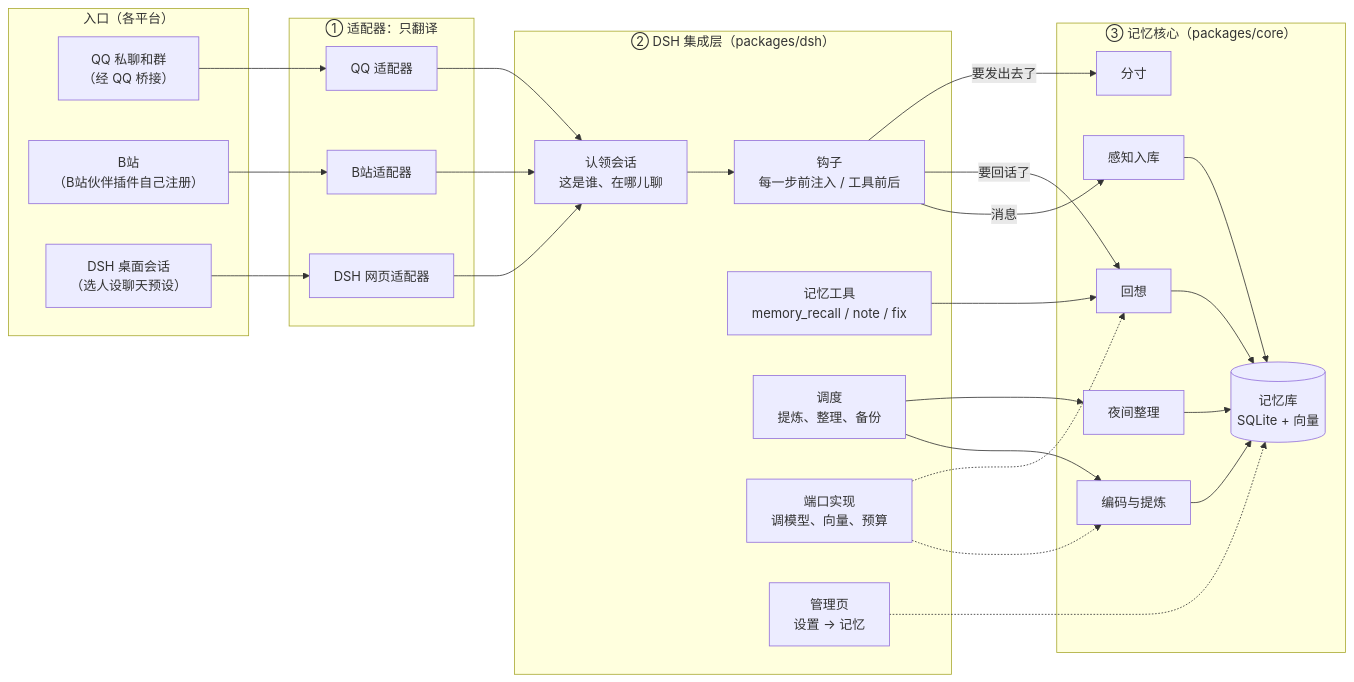
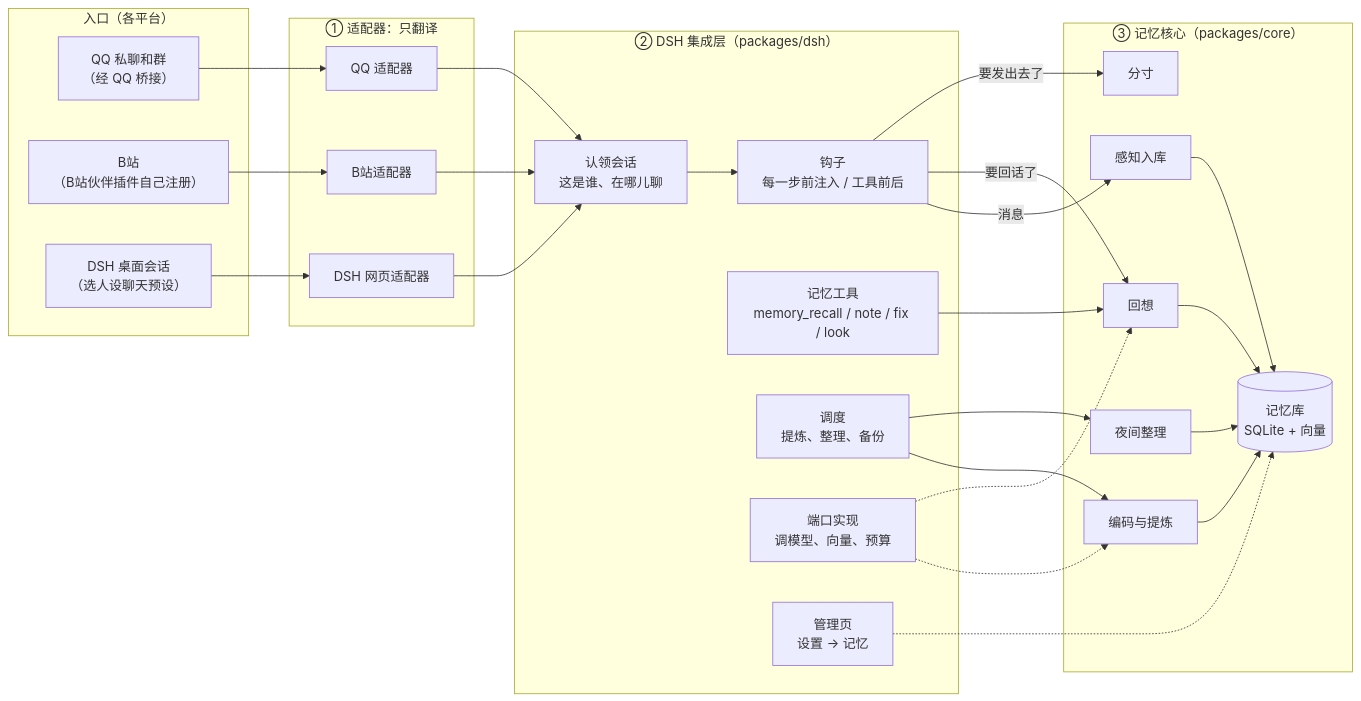
One commit to QiuYeDx/dsh-rugu changed the first of 10 diagrams in docs/图解.md. Above: the diagram before and after it, drawn with Mermaid. The commit also changed other lines of this file and 44 other files, not shown here.

````diff
--- a/docs/图解.md
+++ b/docs/图解.md
@@ -28,49 +28,49 @@
 ```mermaid
 flowchart LR
   subgraph EN["入口（各平台）"]
     QQ["QQ 私聊和群<br/>（经 QQ 桥接）"]
     BILI["B站<br/>（B站伙伴插件自己注册）"]
     DSHW["DSH 桌面会话<br/>（选人设聊天预设）"]
   end
   subgraph AD["① 适配器：只翻译"]
     QA["QQ 适配器"]
     BA["B站适配器"]
     WA["DSH 网页适配器"]
   end
   subgraph HOST["② DSH 集成层（packages/dsh）"]
     CLAIM["认领会话<br/>这是谁、在哪儿聊"]
     HOOK["钩子<br/>每一步前注入 / 工具前后"]
-    TOOLS["记忆工具<br/>memory_recall / note / fix"]
+    TOOLS["记忆工具<br/>memory_recall / note / fix / look"]
     SCHED["调度<br/>提炼、整理、备份"]
     PORTS["端口实现<br/>调模型、向量、预算"]
     ADMIN["管理页<br/>设置 → 记忆"]
   end
   subgraph CORE["③ 记忆核心（packages/core）"]
     INTAKE["感知入库"]
     ENC["编码与提炼"]
     RET["回想"]
     DIS["分寸"]
     CON["夜间整理"]
     DB[("记忆库<br/>SQLite + 向量")]
   end
   QQ --> QA
   BILI --> BA
   DSHW --> WA
   QA --> CLAIM
   BA --> CLAIM
   WA --> CLAIM
   CLAIM --> HOOK
   HOOK -->|消息| INTAKE
   HOOK -->|要回话了| RET
   HOOK -->|要发出去了| DIS
   TOOLS --> RET
   SCHED --> ENC
   SCHED --> CON
   INTAKE --> DB
   ENC --> DB
   CON --> DB
   RET --> DB
   PORTS -.-> ENC
   PORTS -.-> RET
   ADMIN -.-> DB
 ```
````
